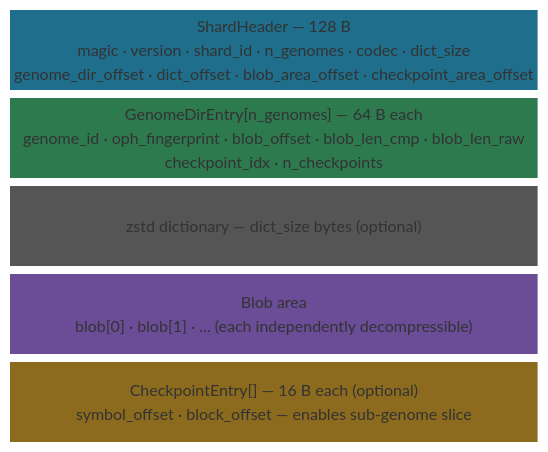
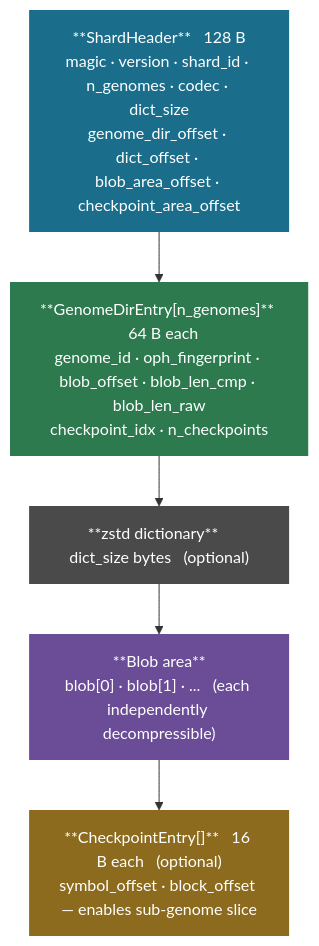
The second of 3 diagrams in docs/format.md (genomewalker/genopack), drawn with Mermaid before and after one commit. The commit also changed other lines of this file, not shown here.

Commit message:
docs: use flowchart TB instead of block-beta (wider Mermaid support)

````diff
--- a/docs/format.md
+++ b/docs/format.md
@@ -50,15 +51,16 @@
 ```mermaid
-block-beta
-  columns 1
-  sh["ShardHeader — 128 B\nmagic · version · shard_id · n_genomes · codec · dict_size\ngenome_dir_offset · dict_offset · blob_area_offset · checkpoint_area_offset"]
-  dir["GenomeDirEntry[n_genomes] — 64 B each\ngenome_id · oph_fingerprint · blob_offset · blob_len_cmp · blob_len_raw\ncheckpoint_idx · n_checkpoints"]
-  dict["zstd dictionary — dict_size bytes (optional)"]
-  blobs["Blob area\nblob[0] · blob[1] · ... (each independently decompressible)"]
-  ckpt["CheckpointEntry[] — 16 B each (optional)\nsymbol_offset · block_offset — enables sub-genome slice"]
+flowchart TB
+    sh["**ShardHeader** &nbsp; 128 B\nmagic · version · shard_id · n_genomes · codec · dict_size\ngenome_dir_offset · dict_offset · blob_area_offset · checkpoint_area_offset"]
+    dir["**GenomeDirEntry[n_genomes]** &nbsp; 64 B each\ngenome_id · oph_fingerprint · blob_offset · blob_len_cmp · blob_len_raw\ncheckpoint_idx · n_checkpoints"]
+    dict["**zstd dictionary** &nbsp; dict_size bytes &nbsp; (optional)"]
+    blobs["**Blob area**\nblob[0] · blob[1] · ... &nbsp; (each independently decompressible)"]
+    ckpt["**CheckpointEntry[]** &nbsp; 16 B each &nbsp; (optional)\nsymbol_offset · block_offset — enables sub-genome slice"]
 
-  style sh    fill:#1e6e8c,color:#fff,stroke:none
-  style dir   fill:#2d7a4f,color:#fff,stroke:none
-  style dict  fill:#555,color:#fff,stroke:none
-  style blobs fill:#6b4c96,color:#fff,stroke:none
-  style ckpt  fill:#8c6b1e,color:#fff,stroke:none
+    sh --> dir --> dict --> blobs --> ckpt
+
+    style sh    fill:#1a6e8c,color:#fff,stroke:none
+    style dir   fill:#2d7a4f,color:#fff,stroke:none
+    style dict  fill:#4a4a4a,color:#fff,stroke:none
+    style blobs fill:#6b4c96,color:#fff,stroke:none
+    style ckpt  fill:#8c6b1e,color:#fff,stroke:none
 ```
````
